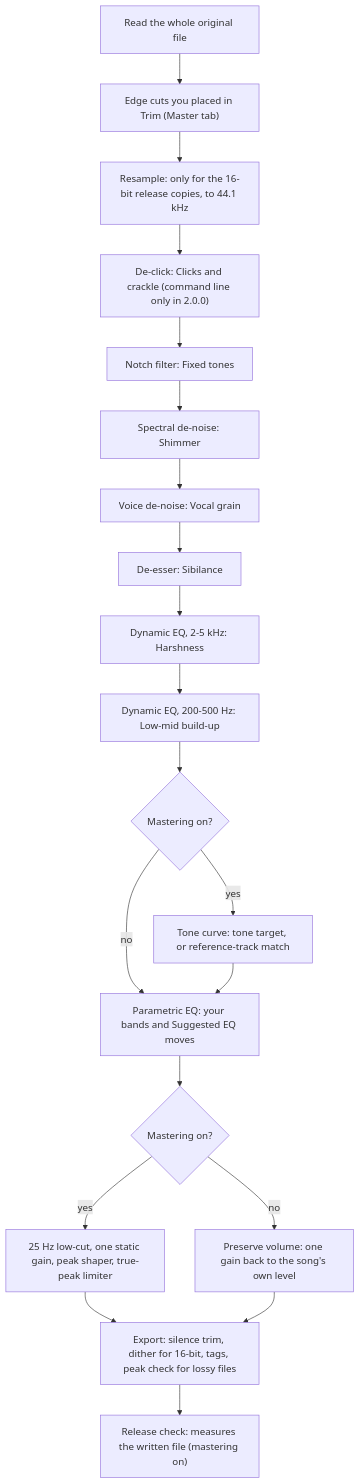
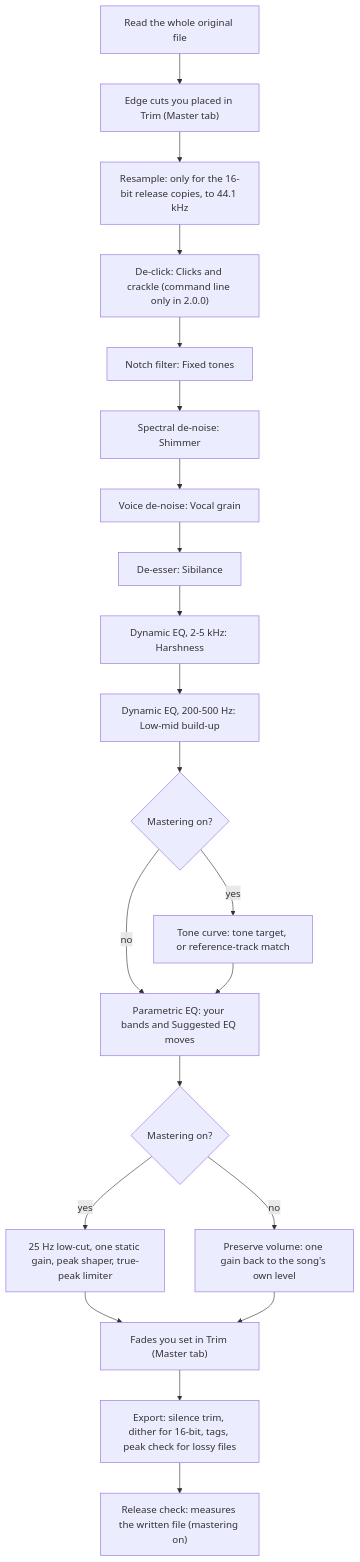
One commit to henricksmedia/shimmer changed the diagram in docs/FEATURES.md. Above: the diagram before and after it, drawn with Mermaid. The commit also changed other lines of this file and 16 other files, not shown here.

Commit message:
Trim card fades; Signal Chain view matches the engine

````diff
--- a/docs/FEATURES.md
+++ b/docs/FEATURES.md
@@ -59,22 +59,23 @@
 ```mermaid
 flowchart TD
   A["Read the whole original file"] --> B["Edge cuts you placed in Trim (Master tab)"]
   B --> C["Resample: only for the 16-bit release copies, to 44.1 kHz"]
   C --> D["De-click: Clicks and crackle (command line only in 2.0.0)"]
   D --> E["Notch filter: Fixed tones"]
   E --> F["Spectral de-noise: Shimmer"]
   F --> F2["Voice de-noise: Vocal grain"]
   F2 --> G["De-esser: Sibilance"]
   G --> H["Dynamic EQ, 2-5 kHz: Harshness"]
   H --> I["Dynamic EQ, 200-500 Hz: Low-mid build-up"]
   I --> J{"Mastering on?"}
   J -- yes --> K["Tone curve: tone target, or reference-track match"]
   J -- no --> L
   K --> L["Parametric EQ: your bands and Suggested EQ moves"]
   L --> M{"Mastering on?"}
   M -- yes --> N["25 Hz low-cut, one static gain, peak shaper, true-peak limiter"]
   M -- no --> O["Preserve volume: one gain back to the song's own level"]
-  N --> P["Export: silence trim, dither for 16-bit, tags, peak check for lossy files"]
-  O --> P
+  N --> FD["Fades you set in Trim (Master tab)"]
+  O --> FD
+  FD --> P["Export: silence trim, dither for 16-bit, tags, peak check for lossy files"]
   P --> Q["Release check: measures the written file (mastering on)"]
 ```
````
